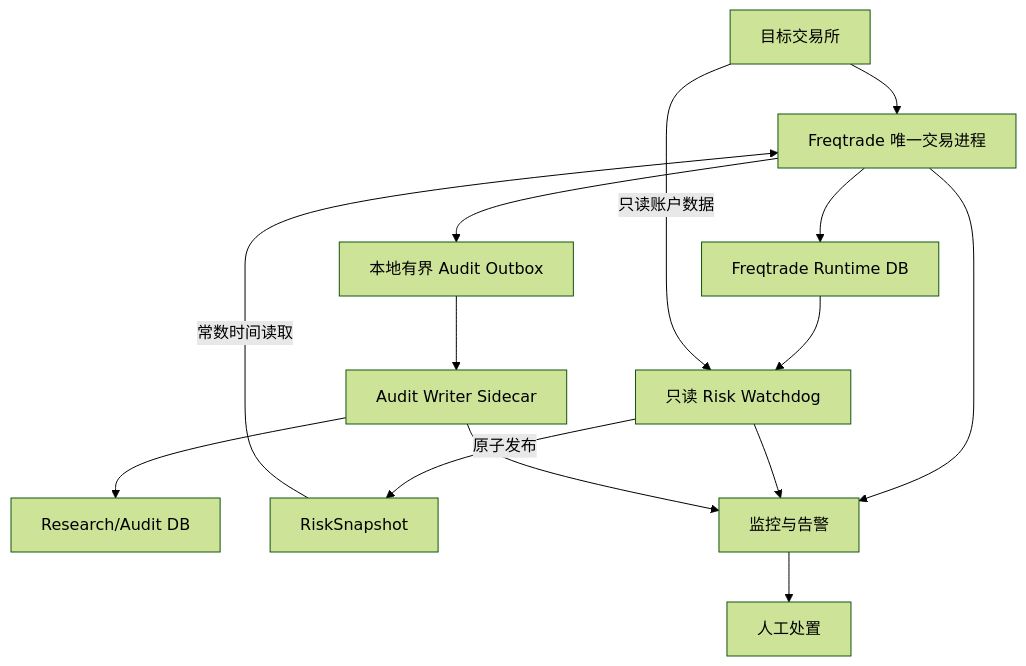
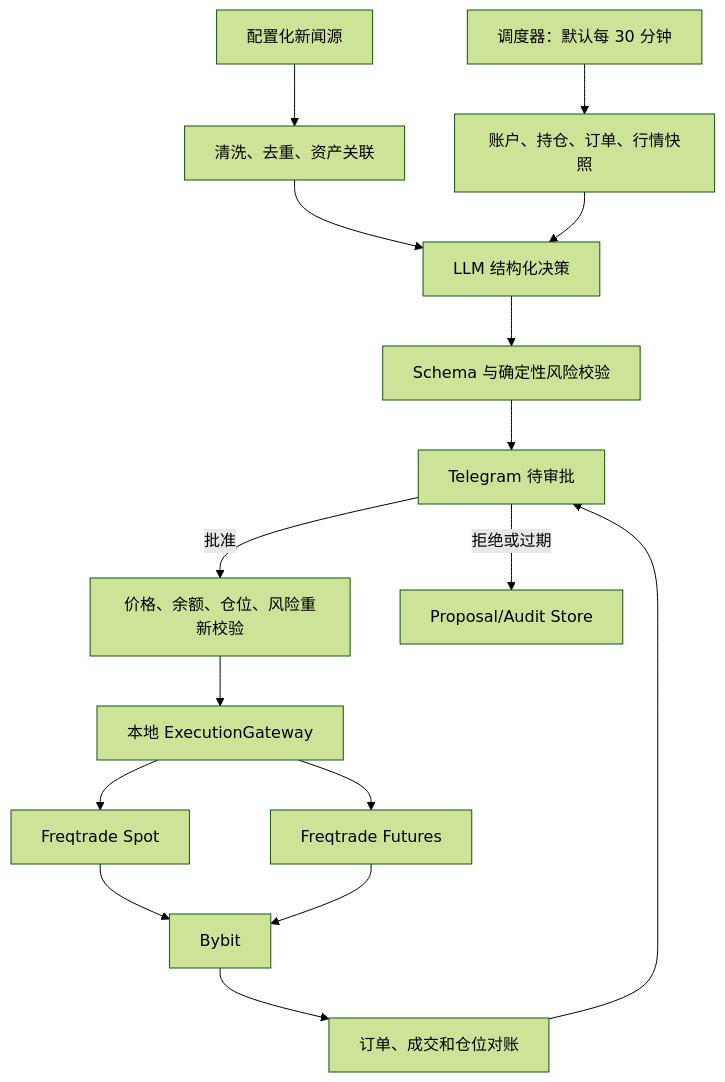
The second of 2 diagrams in docs/development-plan.md (misakimei123/alphaMind), drawn with Mermaid (forest theme) before and after one commit. The commit also changed other lines of this file and 125 other files, not shown here.

````diff
--- a/docs/development-plan.md
+++ b/docs/development-plan.md
@@ -106,16 +112,18 @@
 ```mermaid
 flowchart TD
-    EX["目标交易所"] --> FT["Freqtrade 唯一交易进程"]
-    FT --> RDB["Freqtrade Runtime DB"]
-    FT --> OUT["本地有界 Audit Outbox"]
-    OUT --> WRITER["Audit Writer Sidecar"]
-    WRITER --> ADB["Research/Audit DB"]
-    RDB --> WD["只读 Risk Watchdog"]
-    EX -->|"只读账户数据"| WD
-    WD -->|"原子发布"| SNAP["RiskSnapshot"]
-    SNAP -->|"常数时间读取"| FT
-    MON["监控与告警"] --> OP["人工处置"]
-    FT --> MON
-    WD --> MON
-    WRITER --> MON
+    TIMER["调度器：默认每 30 分钟"] --> CTX["账户、持仓、订单、行情快照"]
+    NEWS["配置化新闻源"] --> CLEAN["清洗、去重、资产关联"]
+    CLEAN --> AI["LLM 结构化决策"]
+    CTX --> AI
+    AI --> VALID["Schema 与确定性风险校验"]
+    VALID --> TG["Telegram 待审批"]
+    TG -->|"批准"| RECHECK["价格、余额、仓位、风险重新校验"]
+    TG -->|"拒绝或过期"| AUDIT["Proposal/Audit Store"]
+    RECHECK --> GATEWAY["本地 ExecutionGateway"]
+    GATEWAY --> SPOT["Freqtrade Spot"]
+    GATEWAY --> FUTURES["Freqtrade Futures"]
+    SPOT --> EX["Bybit"]
+    FUTURES --> EX
+    EX --> RECON["订单、成交和仓位对账"]
+    RECON --> TG
 ```
````
